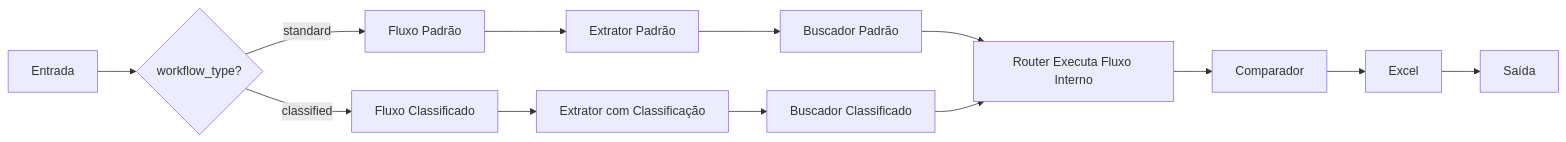
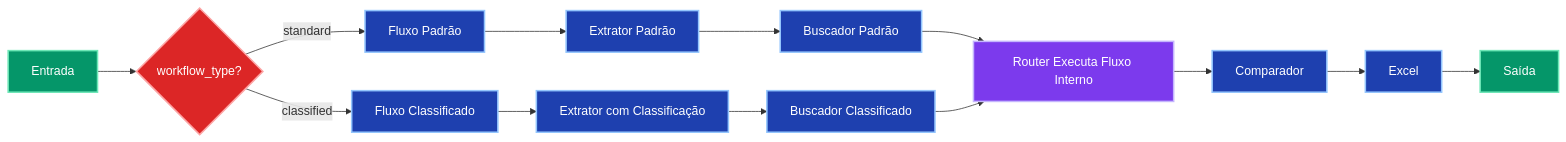
Before and after one commit to ElissonRodrigues/fluxograma: the sixth of 6 diagrams in README.md, drawn with Mermaid. The commit also changed other lines of this file, not shown here.

Commit message:
Update README with decision flow and model configurations

````diff
--- a/README.md
+++ b/README.md
@@ -171,19 +181,29 @@
 ```mermaid
 graph LR
     A[Entrada] --> B{workflow_type?}
     B -->|standard| C[Fluxo Padrão]
     B -->|classified| D[Fluxo Classificado]
     
     C --> E[Extrator Padrão]
     D --> F[Extrator com Classificação]
     
     E --> G[Buscador Padrão]
     F --> H[Buscador Classificado]
     
     G --> I[Router Executa Fluxo Interno]
     H --> I
     
     I --> J[Comparador]
     J --> K[Excel]
     K --> L[Saída]
+    
+    classDef inputOutputClass fill:#059669,stroke:#6ee7b7,stroke-width:2px,color:#ffffff
+    classDef decisionClass fill:#dc2626,stroke:#fca5a5,stroke-width:2px,color:#ffffff
+    classDef processClass fill:#1e40af,stroke:#93c5fd,stroke-width:2px,color:#ffffff
+    classDef routerClass fill:#7c3aed,stroke:#c4b5fd,stroke-width:2px,color:#ffffff
+    
+    class A,L inputOutputClass
+    class B decisionClass
+    class C,D,E,F,G,H,J,K processClass
+    class I routerClass
 ```
````
